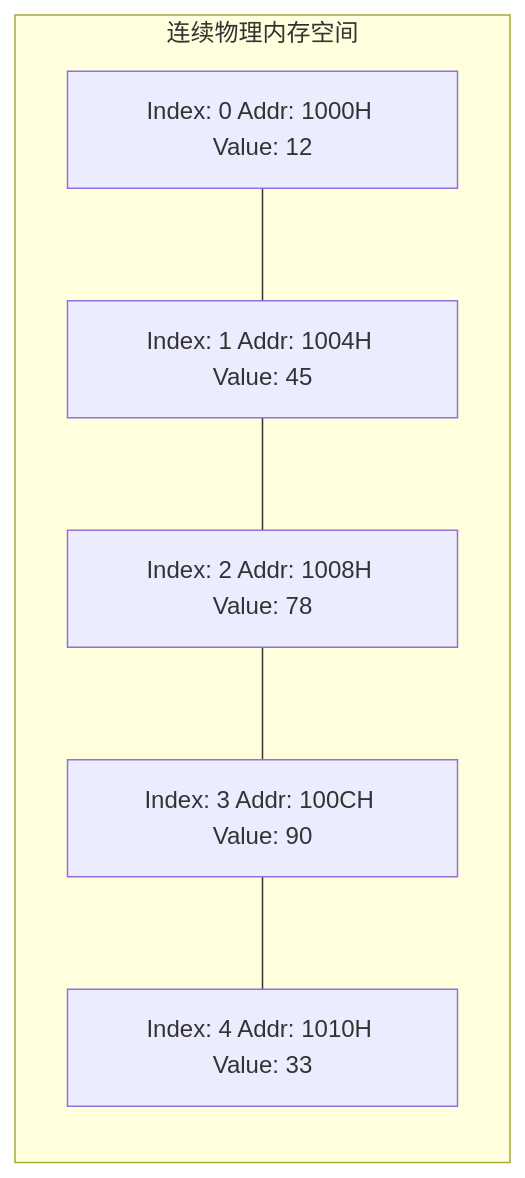
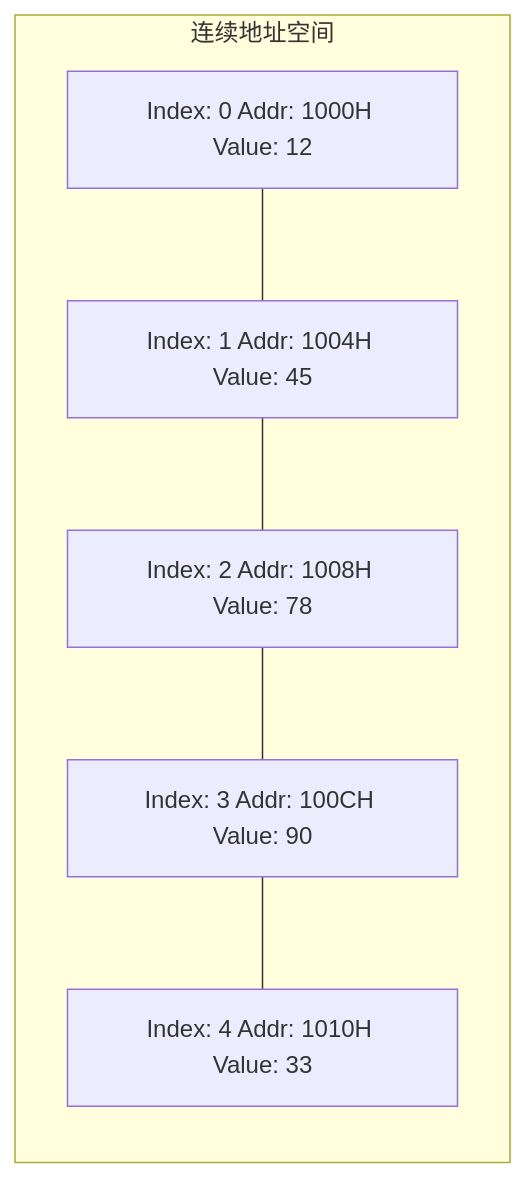
One commit to GuoWWWX/knowledge-base changed the first of 2 diagrams in 30-算法与数据结构/01-数据结构/01-数组与动态数组.md. Above: the diagram before and after it, drawn with Mermaid. The commit also changed other lines of this file and 48 other files, not shown here.

````diff
--- a/30-算法与数据结构/01-数据结构/01-数组与动态数组.md
+++ b/30-算法与数据结构/01-数据结构/01-数组与动态数组.md
@@ -24,9 +24,9 @@
 ```mermaid
 flowchart LR
-    subgraph 连续物理内存空间
+    subgraph 连续地址空间
         Idx0["Index: 0 Addr: 1000H Value: 12"] --- Idx1["Index: 1 Addr: 1004H Value: 45"]
         Idx1 --- Idx2["Index: 2 Addr: 1008H Value: 78"]
         Idx2 --- Idx3["Index: 3 Addr: 100CH Value: 90"]
         Idx3 --- Idx4["Index: 4 Addr: 1010H Value: 33"]
     end
 ```
````
